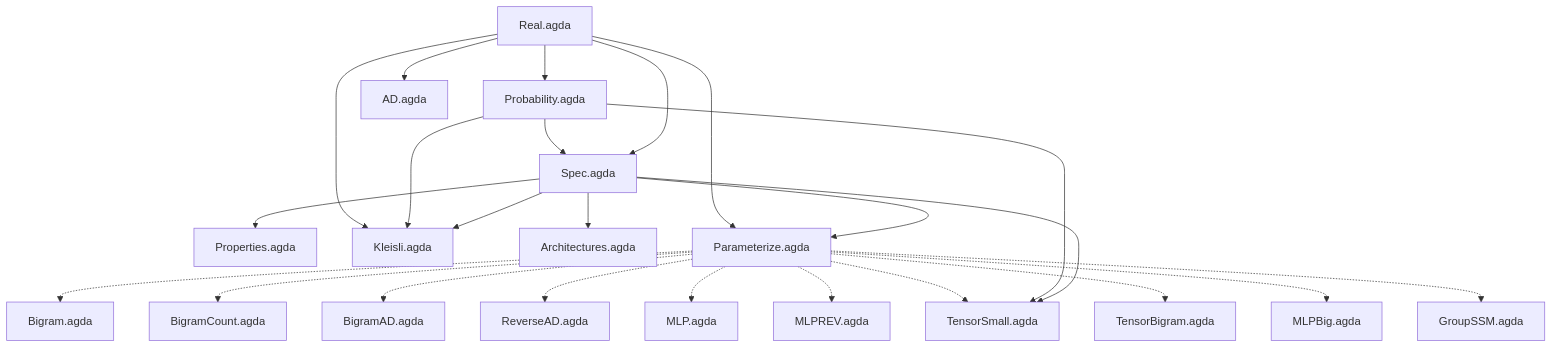
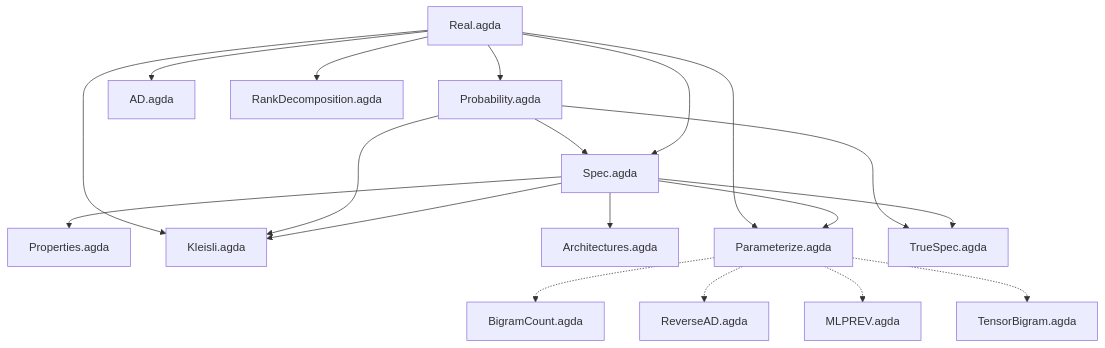
One commit to stevekrouse/denotational-llm changed the diagram in README.md. Above: the diagram before and after it, drawn with Mermaid. The commit also changed other lines of this file and 10 other files, not shown here.

````diff
--- a/README.md
+++ b/README.md
@@ -62,26 +75,21 @@
 ```mermaid
 graph TD
     R[Real.agda] --> P[Probability.agda]
     R --> S[Spec.agda]
     P --> S
     S --> Pr[Properties.agda]
     S --> K[Kleisli.agda]
     P --> K
     R --> K
     S --> Ar[Architectures.agda]
     R --> AD[AD.agda]
     S --> Pa[Parameterize.agda]
     R --> Pa
     S --> TS[TrueSpec.agda]
     P --> TS
-    Pa -.-> B[Bigram.agda]
+    R --> RD[RankDecomposition.agda]
     Pa -.-> BC[BigramCount.agda]
-    Pa -.-> BAD[BigramAD.agda]
     Pa -.-> RAD[ReverseAD.agda]
-    Pa -.-> MLP[MLP.agda]
     Pa -.-> MLPREV[MLPREV.agda]
     Pa -.-> TB[TensorBigram.agda]
-    Pa -.-> TS[TensorSmall.agda]
-    Pa -.-> MLPB[MLPBig.agda]
-    Pa -.-> GSSM[GroupSSM.agda]
 ```
````
